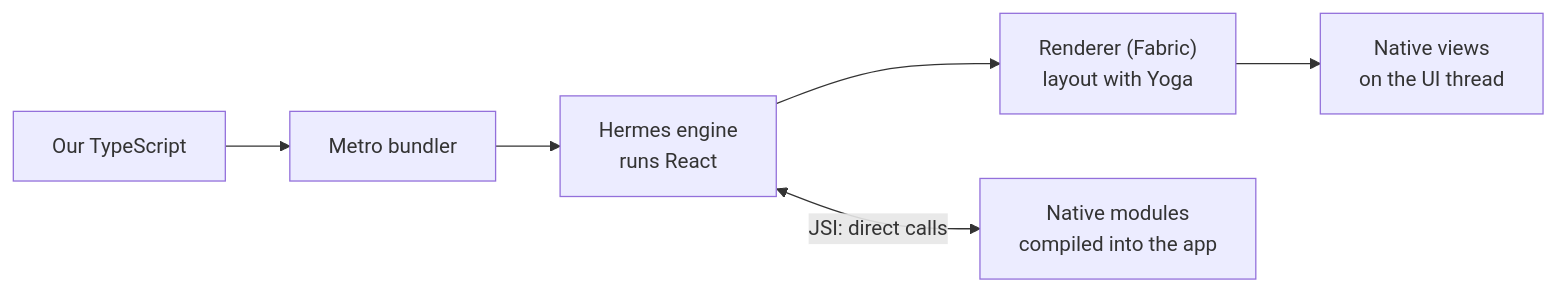
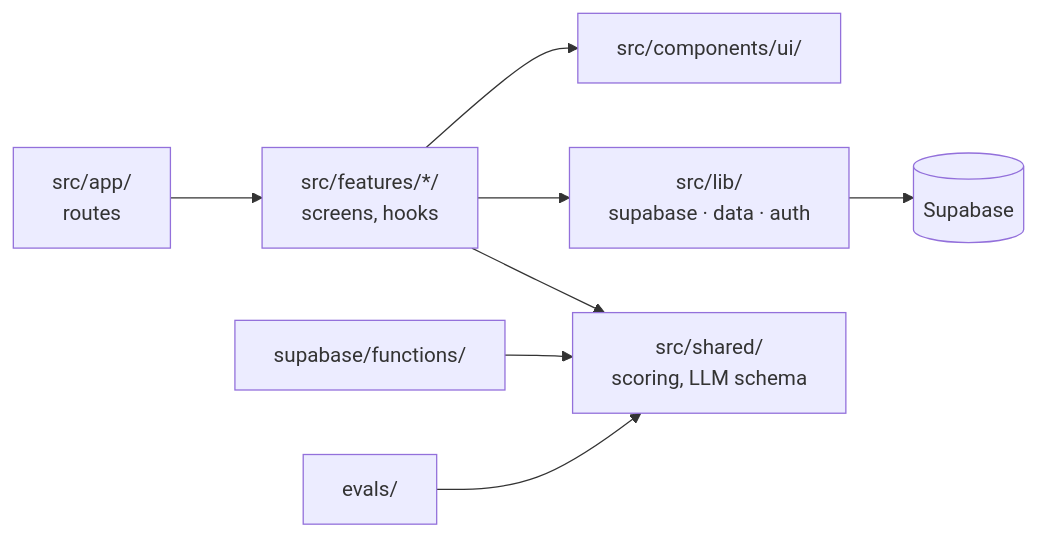
The third of 3 diagrams in administration/docs/tech-stack.md (odymosgr/ai-powered-eating-habits), drawn with Mermaid before and after one commit. The commit also changed other lines of this file and 1 other file, not shown here.

Commit message:
docs(stack): merge the codebase layout into a shorter tech stack doc

````diff
--- a/administration/docs/tech-stack.md
+++ b/administration/docs/tech-stack.md
@@ -111,6 +87,10 @@
 ```mermaid
 flowchart LR
-    ts["Our TypeScript"] --> metro["Metro bundler"] --> hermes["Hermes engine<br/>runs React"]
-    hermes --> fabric["Renderer (Fabric)<br/>layout with Yoga"] --> views["Native views<br/>on the UI thread"]
-    hermes <-->|"JSI: direct calls"| modules["Native modules<br/>compiled into the app"]
+    routes["src/app/<br/>routes"] --> features["src/features/*/<br/>screens, hooks"]
+    features --> ui["src/components/ui/"]
+    features --> lib["src/lib/<br/>supabase · data · auth"]
+    features --> shared["src/shared/<br/>scoring, LLM schema"]
+    lib --> sb[("Supabase")]
+    fn["supabase/functions/"] --> shared
+    evals["evals/"] --> shared
 ```
````
